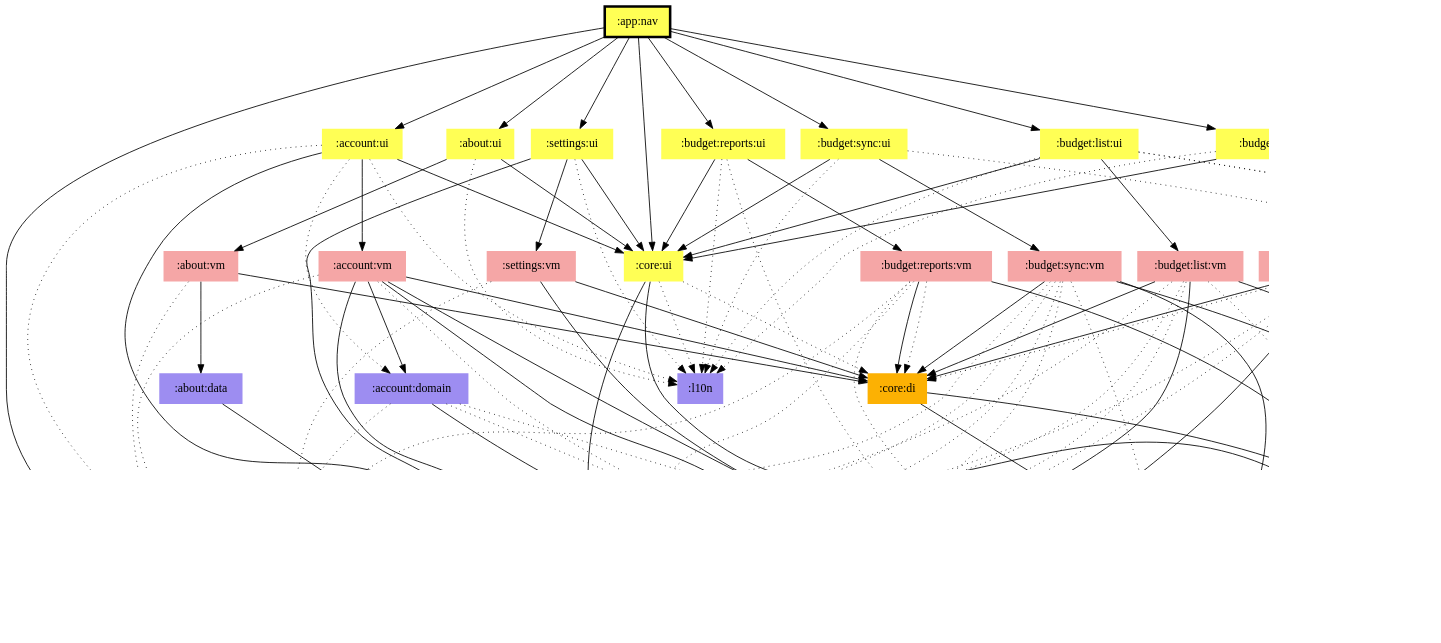
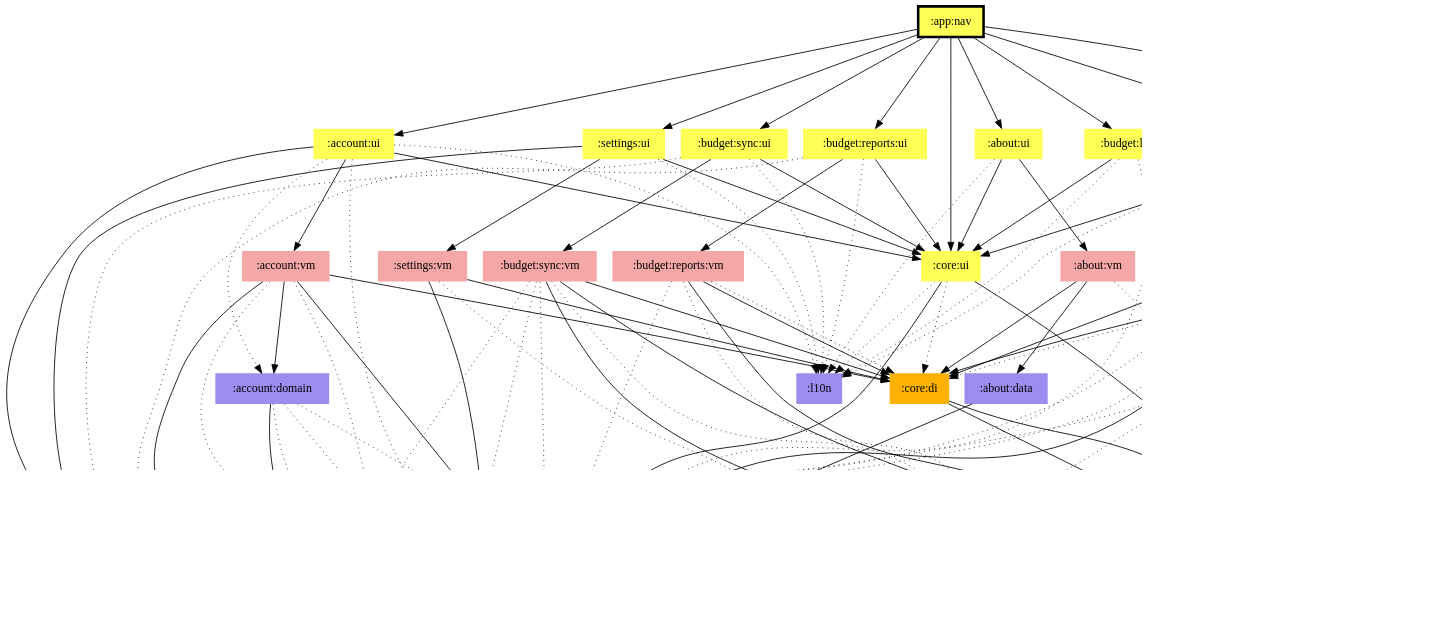
The diagram in app/nav/modules.dot (jonapoul/aktual), drawn with Graphviz before and after one commit. The commit also changed 41 other files, not shown here.

Commit message:
Diagrams

```diff
--- a/app/nav/modules.dot
+++ b/app/nav/modules.dot
@@ -1,141 +1,133 @@
 digraph {
 edge ["dir"="forward"]
 graph ["dpi"="100","fontsize"="30","ranksep"="1.5","rankdir"="TB"]
 node ["style"="filled"]
 ":about:data" ["fillcolor"="#9D8DF1","shape"="none"]
 ":about:ui" ["fillcolor"="#FFFF55","shape"="none"]
 ":about:vm" ["fillcolor"="#F5A6A6","shape"="none"]
 ":account:domain" ["fillcolor"="#9D8DF1","shape"="none"]
-":account:model" ["fillcolor"="#9D8DF1","shape"="none"]
 ":account:ui" ["fillcolor"="#FFFF55","shape"="none"]
 ":account:vm" ["fillcolor"="#F5A6A6","shape"="none"]
 ":api:actual" ["fillcolor"="#9D8DF1","shape"="none"]
 ":api:github" ["fillcolor"="#9D8DF1","shape"="none"]
 ":app:nav" ["fillcolor"="#FFFF55","color"="black","penwidth"="3","shape"="box"]
 ":budget:data" ["fillcolor"="#9D8DF1","shape"="none"]
 ":budget:encryption" ["fillcolor"="#9D8DF1","shape"="none"]
 ":budget:list:ui" ["fillcolor"="#FFFF55","shape"="none"]
 ":budget:list:vm" ["fillcolor"="#F5A6A6","shape"="none"]
 ":budget:model" ["fillcolor"="#9D8DF1","shape"="none"]
 ":budget:reports:ui" ["fillcolor"="#FFFF55","shape"="none"]
 ":budget:reports:vm" ["fillcolor"="#F5A6A6","shape"="none"]
 ":budget:sync:ui" ["fillcolor"="#FFFF55","shape"="none"]
 ":budget:sync:vm" ["fillcolor"="#F5A6A6","shape"="none"]
 ":budget:transactions:ui" ["fillcolor"="#FFFF55","shape"="none"]
 ":budget:transactions:vm" ["fillcolor"="#F5A6A6","shape"="none"]
 ":codegen:annotation" ["fillcolor"="#9D8DF1","shape"="none"]
 ":core:di" ["fillcolor"="#FCB103","shape"="none"]
 ":core:model" ["fillcolor"="#9D8DF1","shape"="none"]
 ":core:ui" ["fillcolor"="#FFFF55","shape"="none"]
 ":l10n" ["fillcolor"="#9D8DF1","shape"="none"]
 ":logging" ["fillcolor"="#9D8DF1","shape"="none"]
 ":prefs" ["fillcolor"="#9D8DF1","shape"="none"]
 ":settings:ui" ["fillcolor"="#FFFF55","shape"="none"]
 ":settings:vm" ["fillcolor"="#F5A6A6","shape"="none"]
 ":about:data" -> ":api:github"
 ":about:ui" -> ":about:vm"
 ":about:ui" -> ":core:ui"
 ":about:ui" -> ":l10n" ["style"="dotted"]
 ":about:vm" -> ":about:data"
 ":about:vm" -> ":core:di"
 ":about:vm" -> ":logging" ["style"="dotted"]
-":account:domain" -> ":account:model"
 ":account:domain" -> ":api:actual" ["style"="dotted"]
+":account:domain" -> ":core:model"
 ":account:domain" -> ":logging" ["style"="dotted"]
 ":account:domain" -> ":prefs" ["style"="dotted"]
 ":account:ui" -> ":account:domain" ["style"="dotted"]
 ":account:ui" -> ":account:vm"
 ":account:ui" -> ":core:model"
 ":account:ui" -> ":core:ui"
 ":account:ui" -> ":l10n" ["style"="dotted"]
 ":account:ui" -> ":logging" ["style"="dotted"]
 ":account:vm" -> ":account:domain"
-":account:vm" -> ":account:model"
 ":account:vm" -> ":api:actual" ["style"="dotted"]
 ":account:vm" -> ":core:di"
 ":account:vm" -> ":core:model"
 ":account:vm" -> ":logging" ["style"="dotted"]
 ":account:vm" -> ":prefs"
-":api:actual" -> ":account:model"
 ":api:actual" -> ":budget:model"
 ":api:actual" -> ":codegen:annotation" ["style"="dotted"]
 ":api:actual" -> ":core:model"
 ":api:github" -> ":codegen:annotation" ["style"="dotted"]
 ":api:github" -> ":core:model"
 ":app:nav" -> ":about:ui"
 ":app:nav" -> ":account:ui"
 ":app:nav" -> ":budget:list:ui"
 ":app:nav" -> ":budget:reports:ui"
 ":app:nav" -> ":budget:sync:ui"
 ":app:nav" -> ":budget:transactions:ui"
 ":app:nav" -> ":core:ui"
 ":app:nav" -> ":logging"
 ":app:nav" -> ":settings:ui"
 ":budget:data" -> ":budget:model"
 ":budget:data" -> ":core:model"
 ":budget:data" -> ":logging" ["style"="dotted"]
-":budget:encryption" -> ":account:model"
 ":budget:encryption" -> ":budget:model"
 ":budget:encryption" -> ":core:model"
-":budget:list:ui" -> ":account:model" ["style"="dotted"]
 ":budget:list:ui" -> ":budget:list:vm"
 ":budget:list:ui" -> ":budget:model" ["style"="dotted"]
+":budget:list:ui" -> ":core:model" ["style"="dotted"]
 ":budget:list:ui" -> ":core:ui"
 ":budget:list:ui" -> ":l10n" ["style"="dotted"]
-":budget:list:vm" -> ":account:model" ["style"="dotted"]
 ":budget:list:vm" -> ":api:actual" ["style"="dotted"]
 ":budget:list:vm" -> ":budget:model"
 ":budget:list:vm" -> ":core:di"
 ":budget:list:vm" -> ":core:model"
 ":budget:list:vm" -> ":logging" ["style"="dotted"]
 ":budget:list:vm" -> ":prefs" ["style"="dotted"]
-":budget:reports:ui" -> ":account:model" ["style"="dotted"]
 ":budget:reports:ui" -> ":budget:reports:vm"
+":budget:reports:ui" -> ":core:model" ["style"="dotted"]
 ":budget:reports:ui" -> ":core:ui"
 ":budget:reports:ui" -> ":l10n" ["style"="dotted"]
-":budget:reports:vm" -> ":account:model" ["style"="dotted"]
 ":budget:reports:vm" -> ":budget:model"
 ":budget:reports:vm" -> ":core:di"
 ":budget:reports:vm" -> ":core:di" ["style"="dotted"]
 ":budget:reports:vm" -> ":core:model" ["style"="dotted"]
 ":budget:reports:vm" -> ":logging" ["style"="dotted"]
-":budget:sync:ui" -> ":account:model" ["style"="dotted"]
 ":budget:sync:ui" -> ":budget:sync:vm"
+":budget:sync:ui" -> ":core:model" ["style"="dotted"]
 ":budget:sync:ui" -> ":core:ui"
 ":budget:sync:ui" -> ":l10n" ["style"="dotted"]
-":budget:sync:vm" -> ":account:model" ["style"="dotted"]
 ":budget:sync:vm" -> ":api:actual" ["style"="dotted"]
 ":budget:sync:vm" -> ":budget:encryption"
 ":budget:sync:vm" -> ":budget:model"
 ":budget:sync:vm" -> ":core:di"
 ":budget:sync:vm" -> ":core:model" ["style"="dotted"]
 ":budget:sync:vm" -> ":logging" ["style"="dotted"]
 ":budget:sync:vm" -> ":prefs" ["style"="dotted"]
-":budget:transactions:ui" -> ":account:model" ["style"="dotted"]
 ":budget:transactions:ui" -> ":budget:model"
 ":budget:transactions:ui" -> ":budget:transactions:vm"
+":budget:transactions:ui" -> ":core:model" ["style"="dotted"]
 ":budget:transactions:ui" -> ":core:ui"
 ":budget:transactions:ui" -> ":l10n" ["style"="dotted"]
-":budget:transactions:vm" -> ":account:model" ["style"="dotted"]
 ":budget:transactions:vm" -> ":budget:data"
 ":budget:transactions:vm" -> ":budget:model"
 ":budget:transactions:vm" -> ":core:di"
 ":budget:transactions:vm" -> ":core:di" ["style"="dotted"]
+":budget:transactions:vm" -> ":core:model" ["style"="dotted"]
 ":budget:transactions:vm" -> ":logging" ["style"="dotted"]
 ":budget:transactions:vm" -> ":prefs" ["style"="dotted"]
 ":core:di" -> ":budget:data"
 ":core:di" -> ":budget:model"
 ":core:ui" -> ":budget:model"
 ":core:ui" -> ":core:di" ["style"="dotted"]
 ":core:ui" -> ":core:model"
 ":core:ui" -> ":l10n" ["style"="dotted"]
-":prefs" -> ":account:model"
 ":prefs" -> ":core:model"
 ":settings:ui" -> ":core:model"
 ":settings:ui" -> ":core:ui"
 ":settings:ui" -> ":l10n" ["style"="dotted"]
 ":settings:ui" -> ":settings:vm"
 ":settings:vm" -> ":core:di"
 ":settings:vm" -> ":logging" ["style"="dotted"]
 ":settings:vm" -> ":prefs"
 }
```
